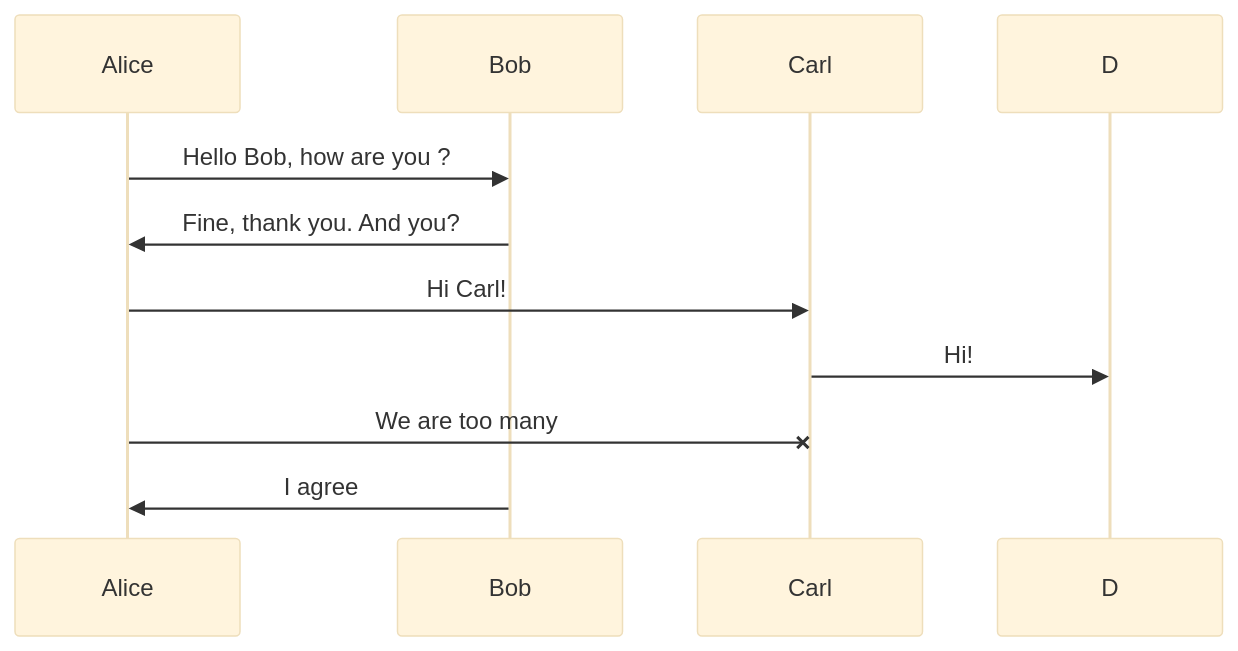
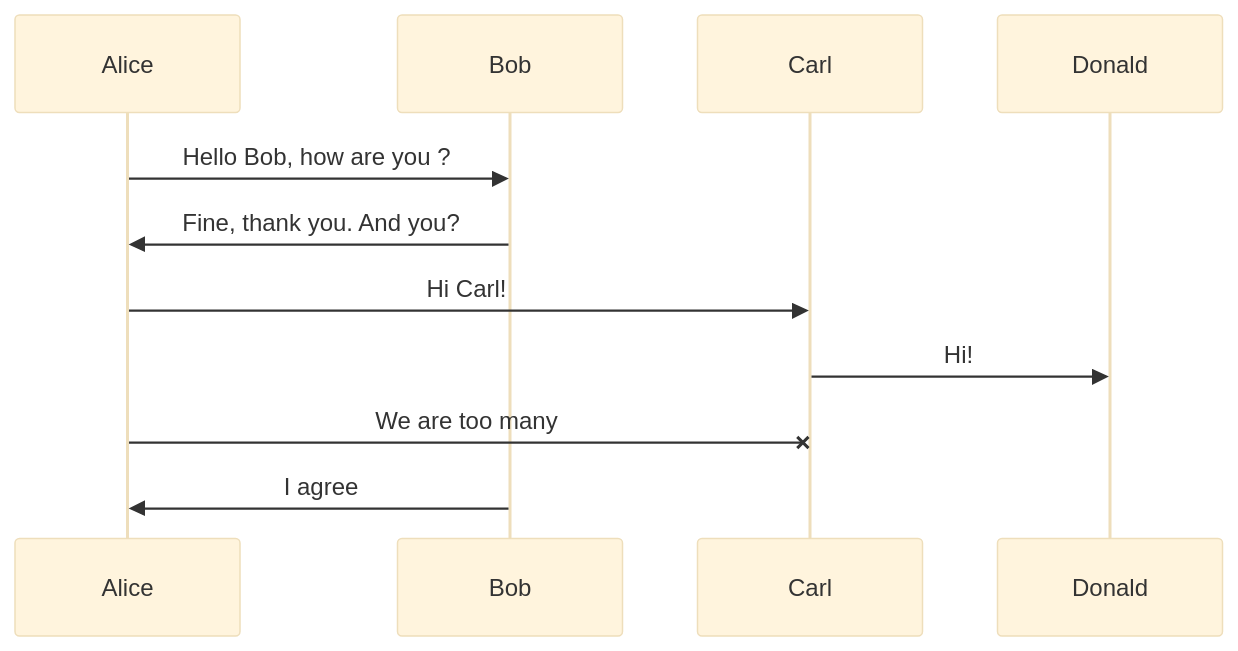
Before and after one commit to Janendra/mermaid_poc: the diagram in sequence_diagram.md, drawn with Mermaid (base theme).

````diff
--- a/sequence_diagram.md
+++ b/sequence_diagram.md
@@ -1,12 +1,12 @@
 ```mermaid
 
 sequenceDiagram
 
     Alice->>Bob: Hello Bob, how are you ?
     Bob->>Alice: Fine, thank you. And you?
     Alice->>Carl: Hi Carl!
-    Carl->>D: Hi!
+    Carl->>Donald: Hi!
     Alice-xCarl: We are too many
     Bob->>Alice: I agree
 
 ```
````
